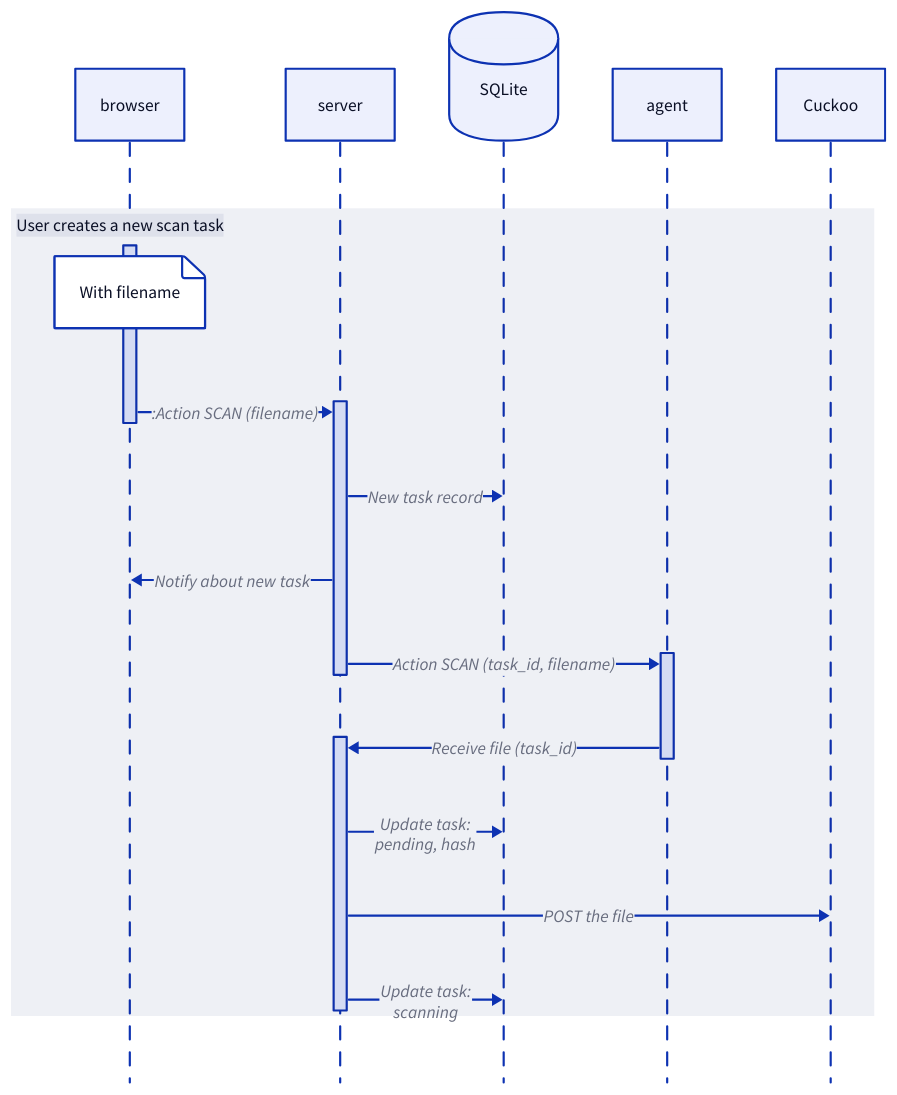
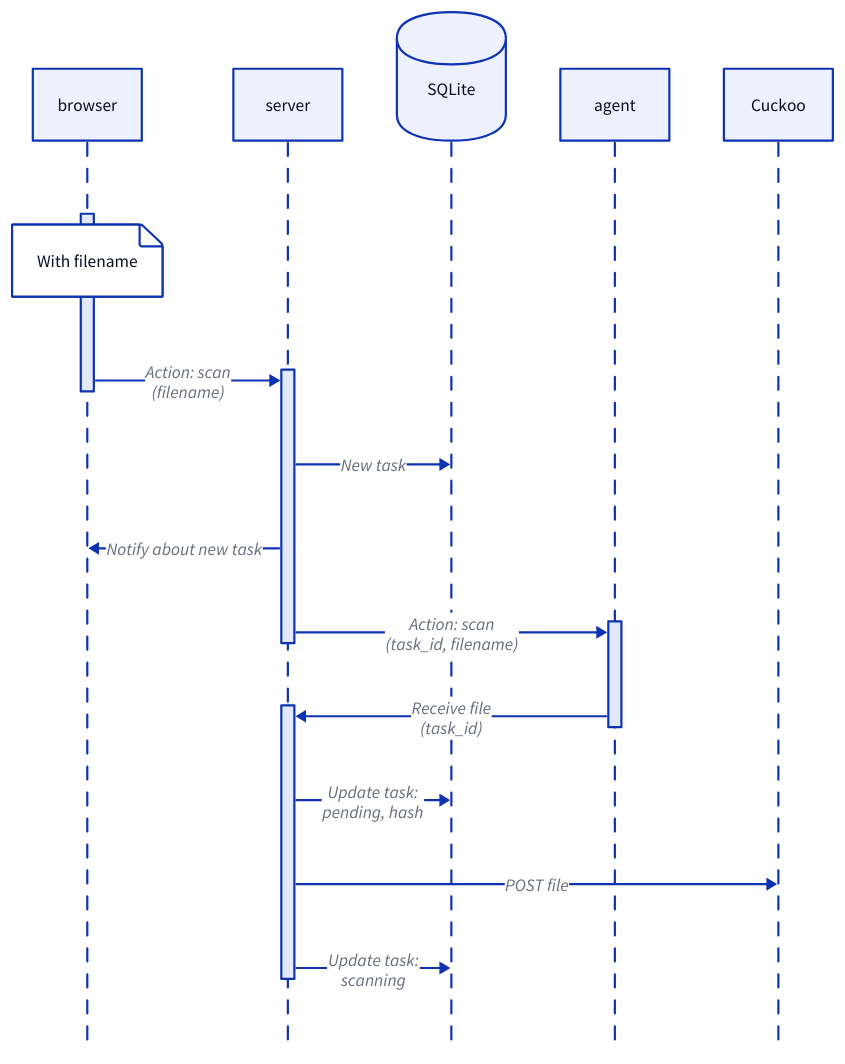
The diagram in sandbox/docs/new_task_seq.d2 (cyberok-org/soldr-modules), drawn with D2 before and after one commit.

Commit message:
sandbox: update docs

```diff
--- a/sandbox/docs/new_task_seq.d2
+++ b/sandbox/docs/new_task_seq.d2
@@ -1,17 +1,15 @@
 shape: sequence_diagram
 
-browser; server; SQLite; agent; Cuckoo
+browser; server; SQLite; agent
 
-User creates a new scan task {
-	browser.a .With filename
-	browser.a -> server.a: :Action SCAN (filename)
-	server.a -> SQLite :New task record
-	browser <- server.a :Notify about new task
-	server.a -> agent.a :Action SCAN (task_id, filename)
-	server.b <- agent.a :Receive file (task_id)
-	server.b -> SQLite: Update task:\npending, hash
-	server.b -> Cuckoo: POST the file
-	server.b -> SQLite: Update task:\nscanning
-}
+browser.a.With filename
+browser.a -> server.a: Action: scan\n(filename)
+server.a -> SQLite: New task
+browser <- server.a: Notify about new task
+server.a -> agent.a: Action: scan\n(task_id, filename)
+server.b <- agent.a: Receive file\n(task_id)
+server.b -> SQLite: Update task:\npending, hash
+server.b -> Cuckoo: POST file
+server.b -> SQLite: Update task:\nscanning
 
 SQLite {shape: cylinder}
```
